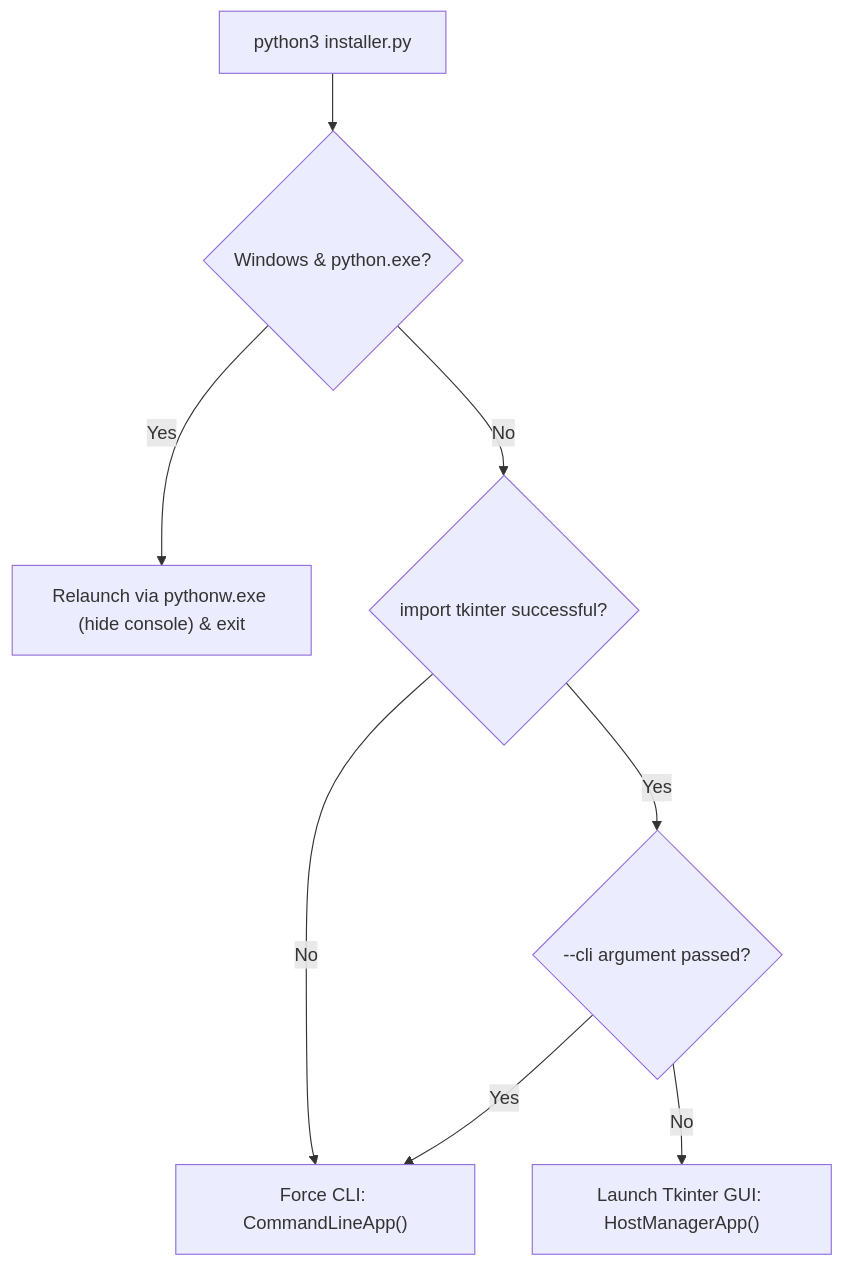
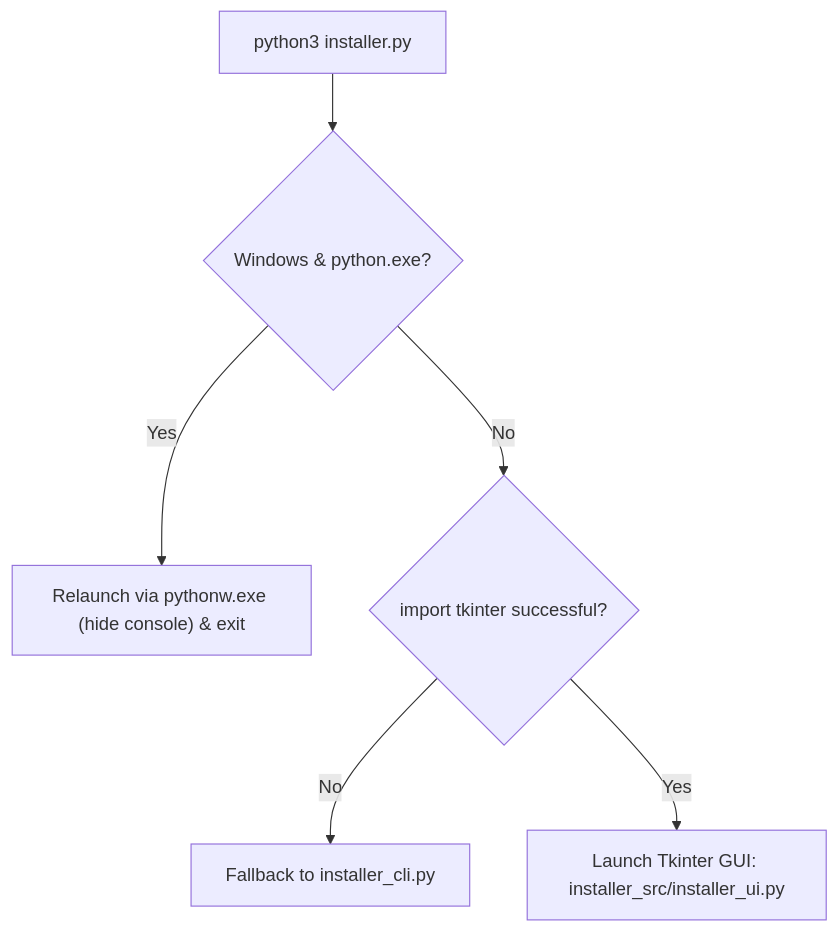
Before and after one commit to Mummykiller/mpv-playlist-organizer: the diagram in .gemini/skills/native-host-installer-and-cli/SKILL.md, drawn with Mermaid. The commit also changed other lines of this file and 28 other files, not shown here.

Commit message:
docs(skills): refactor skill architecture and enforce durable symbol references

````diff
--- a/.gemini/skills/native-host-installer-and-cli/SKILL.md
+++ b/.gemini/skills/native-host-installer-and-cli/SKILL.md
@@ -74,10 +30,8 @@
 ```mermaid
 flowchart TD
     Start["python3 installer.py"] --> WinCheck{"Windows & python.exe?"}
     WinCheck -- Yes --> Relaunch["Relaunch via pythonw.exe (hide console) & exit"]
     WinCheck -- No --> TkCheck{"import tkinter successful?"}
-    TkCheck -- No --> Headless["Force CLI: CommandLineApp()"]
-    TkCheck -- Yes --> ArgCheck{"--cli argument passed?"}
-    ArgCheck -- Yes --> Headless
-    ArgCheck -- No --> LaunchGUI["Launch Tkinter GUI: HostManagerApp()"]
+    TkCheck -- No --> Headless["Fallback to installer_cli.py"]
+    TkCheck -- Yes --> LaunchGUI["Launch Tkinter GUI: installer_src/installer_ui.py"]
 ```
````
